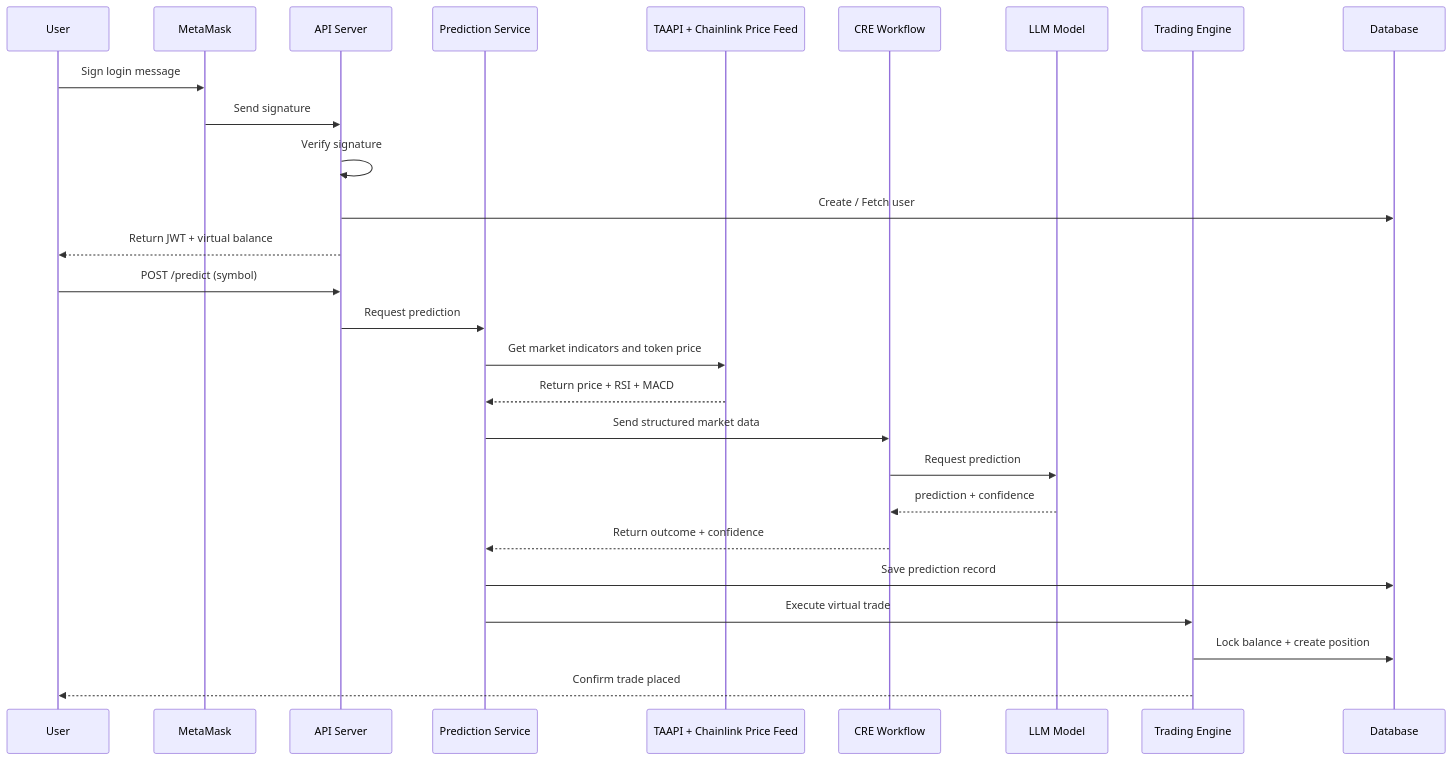
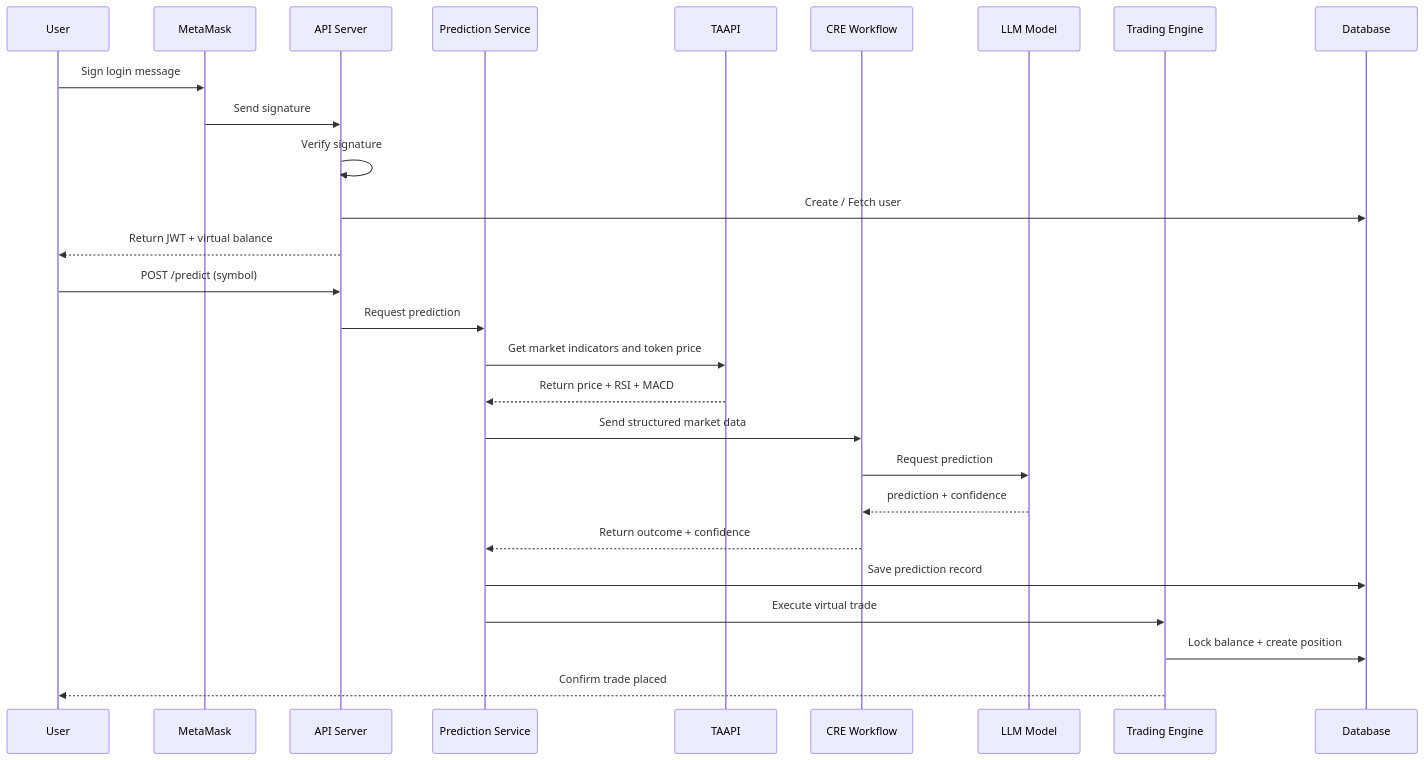
Before and after one commit to tuanzoro2k/prediction_up_down_bot: the second of 4 diagrams in docs/prediction-bot-architecture-workflow-mermaid.md, drawn with Mermaid. The commit also changed other lines of this file and 1 other file, not shown here.

````diff
--- a/docs/prediction-bot-architecture-workflow-mermaid.md
+++ b/docs/prediction-bot-architecture-workflow-mermaid.md
@@ -34,41 +34,41 @@
 ```mermaid
 sequenceDiagram
     participant U as User
     participant MM as MetaMask
     participant API as API Server
     participant PS as Prediction Service
-    participant TA as TAAPI + Chainlink Price Feed
+    participant TA as TAAPI
     participant CRE as CRE Workflow
     participant LLM as LLM Model
     participant TE as Trading Engine
     participant DB as Database
 
     %% Login Flow
     U->>MM: Sign login message
     MM->>API: Send signature
     API->>API: Verify signature
     API->>DB: Create / Fetch user
     API-->>U: Return JWT + virtual balance
 
     %% Prediction Flow
     U->>API: POST /predict (symbol)
     API->>PS: Request prediction
 
     %% Fetch market data
     PS->>TA: Get market indicators and token price
     TA-->>PS: Return price + RSI + MACD
 
     %% AI Prediction
     PS->>CRE: Send structured market data
     CRE->>LLM: Request prediction
     LLM-->>CRE: prediction + confidence
     CRE-->>PS: Return outcome + confidence
 
     %% Store prediction
     PS->>DB: Save prediction record
 
     %% Execute trade
     PS->>TE: Execute virtual trade
     TE->>DB: Lock balance + create position
     TE-->>U: Confirm trade placed
 ```
````
